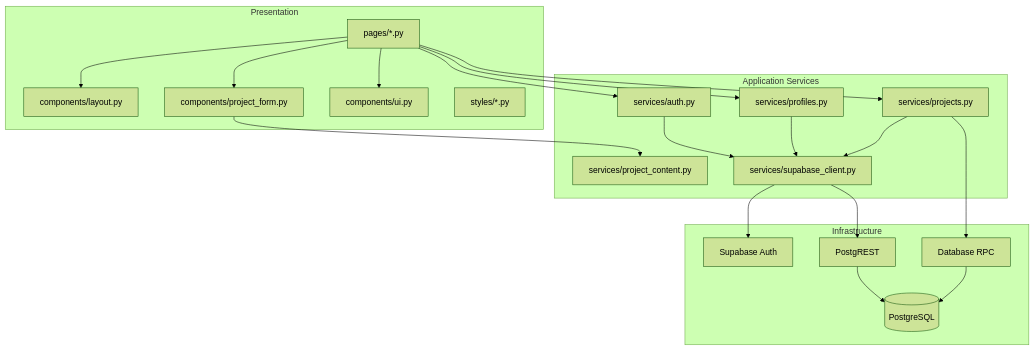
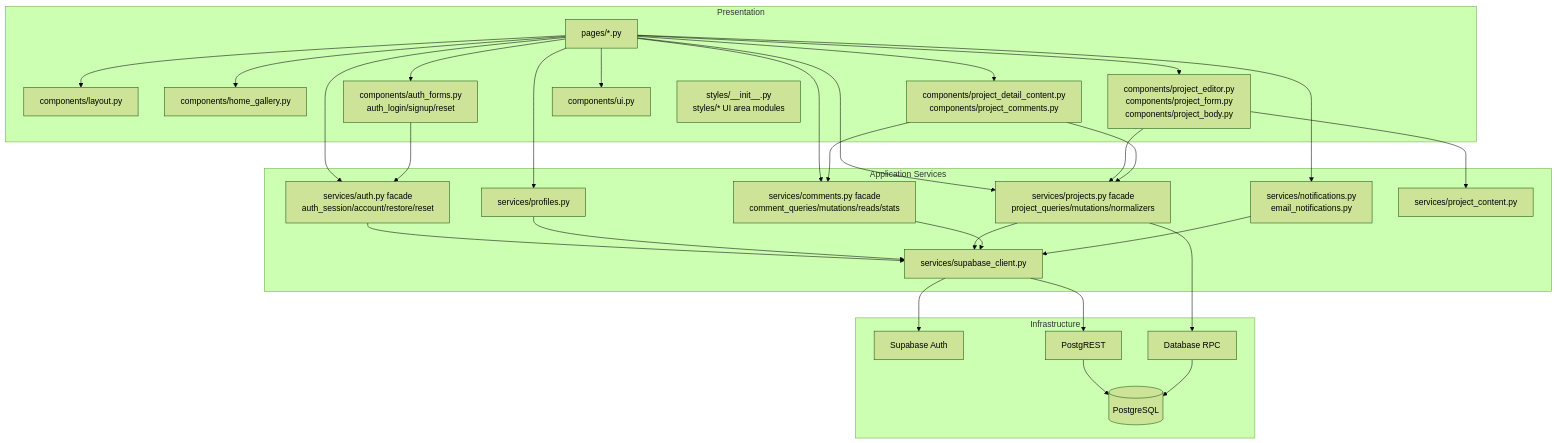
The second of 5 diagrams in docs/ARCHITECTURE.md (Snowball-Impact/folio), drawn with Mermaid (forest theme) before and after one commit. The commit also changed other lines of this file and 5 other files, not shown here.

Commit message:
docs: update architecture after refactor

````diff
--- a/docs/ARCHITECTURE.md
+++ b/docs/ARCHITECTURE.md
@@ -35,40 +35,56 @@
 ```mermaid
 flowchart TB
     subgraph Presentation[Presentation]
         Layout[components/layout.py]
-        Forms[components/project_form.py]
+        HomeGallery[components/home_gallery.py]
+        Forms[components/project_editor.py<br/>components/project_form.py<br/>components/project_body.py]
+        DetailComponents[components/project_detail_content.py<br/>components/project_comments.py]
+        AuthComponents[components/auth_forms.py<br/>auth_login/signup/reset]
         UI[components/ui.py]
         PageModules[pages/*.py]
-        Styles[styles/*.py]
+        Styles[styles/__init__.py<br/>styles/* UI area modules]
     end
 
     subgraph Application[Application Services]
-        AuthService[services/auth.py]
+        AuthService[services/auth.py facade<br/>auth_session/account/restore/reset]
         ProfileService[services/profiles.py]
-        ProjectService[services/projects.py]
+        ProjectService[services/projects.py facade<br/>project_queries/mutations/normalizers]
+        CommentService[services/comments.py facade<br/>comment_queries/mutations/reads/stats]
+        NotificationService[services/notifications.py<br/>email_notifications.py]
         Sanitizer[services/project_content.py]
         ClientFactory[services/supabase_client.py]
     end
 
     subgraph Infrastructure[Infrastructure]
         SupabaseAuth[Supabase Auth]
         PostgREST[PostgREST]
         PostgreSQL[(PostgreSQL)]
         RPC[Database RPC]
     end
 
     PageModules --> Layout
+    PageModules --> HomeGallery
     PageModules --> Forms
+    PageModules --> DetailComponents
+    PageModules --> AuthComponents
     PageModules --> UI
     PageModules --> AuthService
     PageModules --> ProfileService
     PageModules --> ProjectService
+    PageModules --> CommentService
+    PageModules --> NotificationService
     Forms --> Sanitizer
+    Forms --> ProjectService
+    DetailComponents --> ProjectService
+    DetailComponents --> CommentService
+    AuthComponents --> AuthService
     AuthService --> ClientFactory
     ProfileService --> ClientFactory
     ProjectService --> ClientFactory
+    CommentService --> ClientFactory
+    NotificationService --> ClientFactory
     ClientFactory --> SupabaseAuth
     ClientFactory --> PostgREST
     PostgREST --> PostgreSQL
     ProjectService --> RPC --> PostgreSQL
 ```
````
